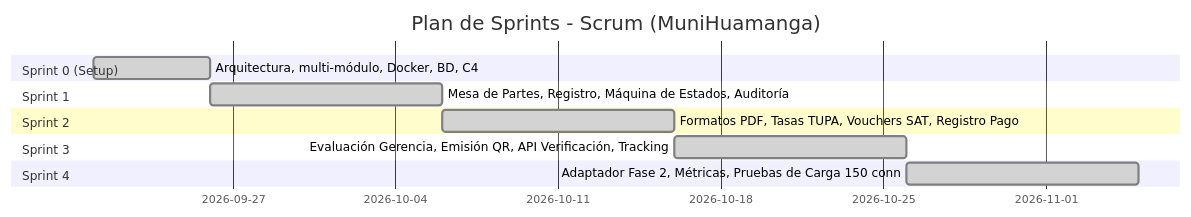
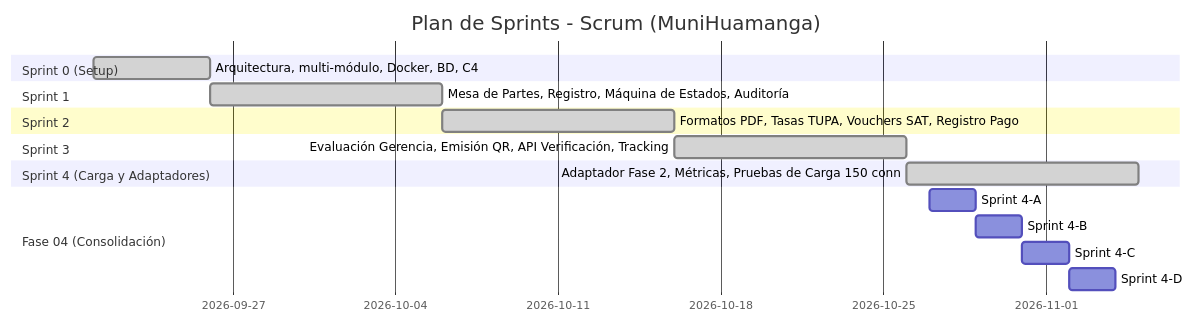
The diagram in docs/scrum/product-backlog.md (Issirc20/MuniHuamanga), drawn with Mermaid before and after one commit. The commit also changed other lines of this file and 15 other files, not shown here.

Commit message:
feat(fase-04/sprint4d): CRUD tarifario TUPA para gestion dinamica de tasas municipales y consolidado Fase 04

````diff
--- a/docs/scrum/product-backlog.md
+++ b/docs/scrum/product-backlog.md
@@ -45,15 +50,20 @@
 ```mermaid
 gantt
     title Plan de Sprints - Scrum (MuniHuamanga)
     dateFormat  YYYY-MM-DD
     section Sprint 0 (Setup)
     Arquitectura, multi-módulo, Docker, BD, C4       :done, 2026-09-21, 5d
     section Sprint 1
     Mesa de Partes, Registro, Máquina de Estados, Auditoría :done, 2026-09-26, 10d
     section Sprint 2
     Formatos PDF, Tasas TUPA, Vouchers SAT, Registro Pago   :done, 2026-10-06, 10d
     section Sprint 3
     Evaluación Gerencia, Emisión QR, API Verificación, Tracking :done, 2026-10-16, 10d
-    section Sprint 4
+    section Sprint 4 (Carga y Adaptadores)
     Adaptador Fase 2, Métricas, Pruebas de Carga 150 conn   :done, 2026-10-26, 10d
+    section Fase 04 (Consolidación)
+    Sprint 4-A: PDF Oficial Físico Municipal         :done, 2026-10-27, 2d
+    Sprint 4-B: Notificaciones Email Asíncronas       :done, 2026-10-29, 2d
+    Sprint 4-C: Autenticación JWT y RBAC             :done, 2026-10-31, 2d
+    Sprint 4-D: CRUD Dinámico Tarifario TUPA         :done, 2026-11-02, 2d
 ```
````
